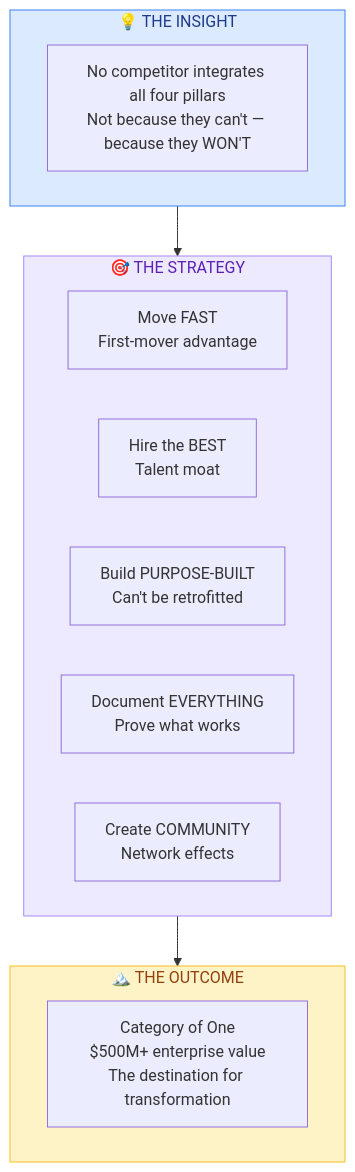
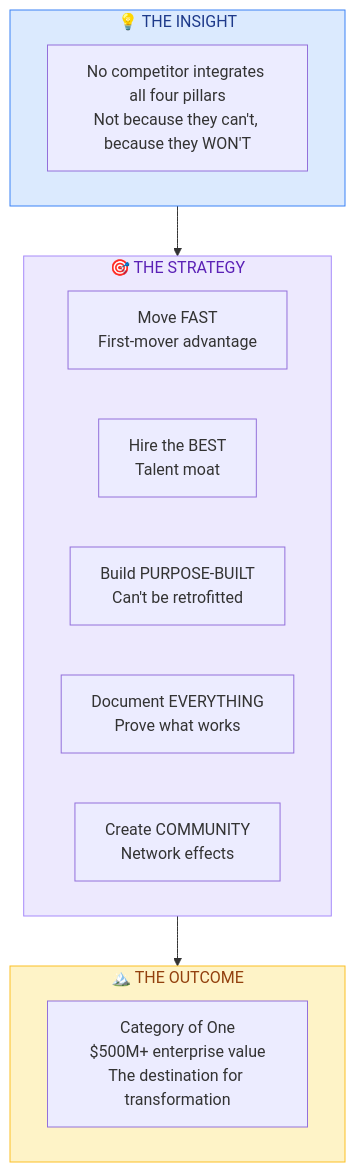
Before and after one commit to Light-Brands/epic-center: diagram 18 of 18 in docs/strategy/MARKET_STRATEGY_PLAN.md, drawn with Mermaid. The commit also changed other lines of this file and 5 other files, not shown here.

````diff
--- a/docs/strategy/MARKET_STRATEGY_PLAN.md
+++ b/docs/strategy/MARKET_STRATEGY_PLAN.md
@@ -655,24 +655,24 @@
 ```mermaid
 flowchart TB
     subgraph INSIGHT["💡 THE INSIGHT"]
-        I["No competitor integrates all four pillars<br/>Not because they can't — because they WON'T"]
+        I["No competitor integrates all four pillars<br/>Not because they can't, because they WON'T"]
     end
 
     subgraph STRATEGY["🎯 THE STRATEGY"]
         S1["Move FAST<br/>First-mover advantage"]
         S2["Hire the BEST<br/>Talent moat"]
         S3["Build PURPOSE-BUILT<br/>Can't be retrofitted"]
         S4["Document EVERYTHING<br/>Prove what works"]
         S5["Create COMMUNITY<br/>Network effects"]
     end
 
     subgraph OUTCOME["🏔️ THE OUTCOME"]
         O["Category of One<br/>$500M+ enterprise value<br/>The destination for transformation"]
     end
 
     INSIGHT --> STRATEGY --> OUTCOME
 
     style INSIGHT fill:#dbeafe,stroke:#3b82f6,color:#1e3a8a
     style STRATEGY fill:#ede9fe,stroke:#a78bfa,color:#5b21b6
     style OUTCOME fill:#fef3c7,stroke:#fbbf24,color:#92400e
 ```
````
